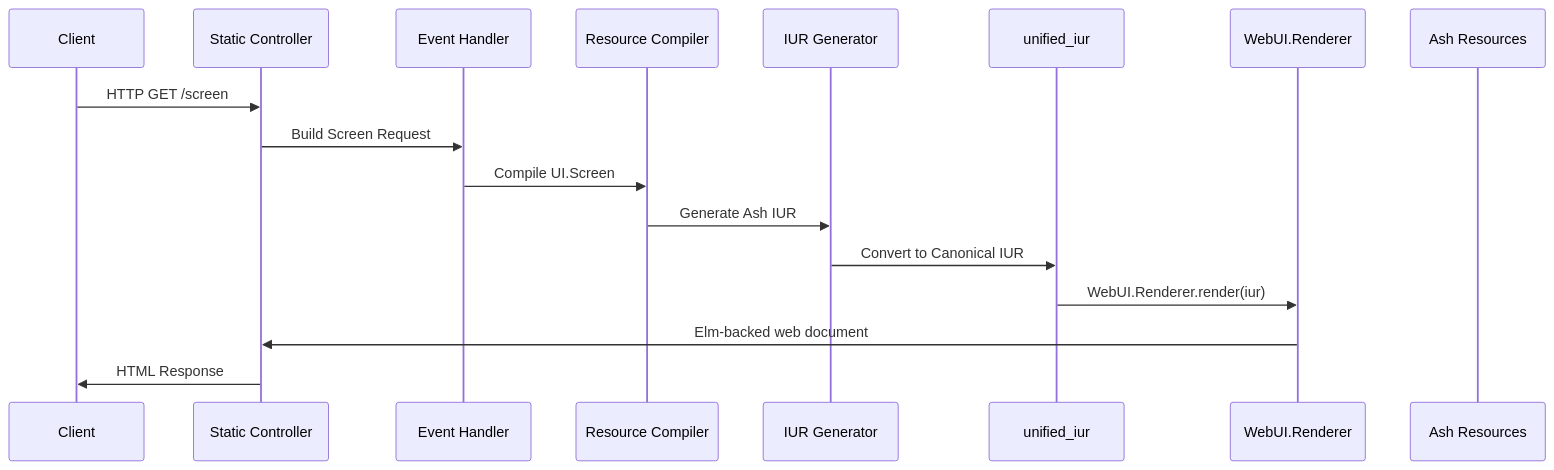
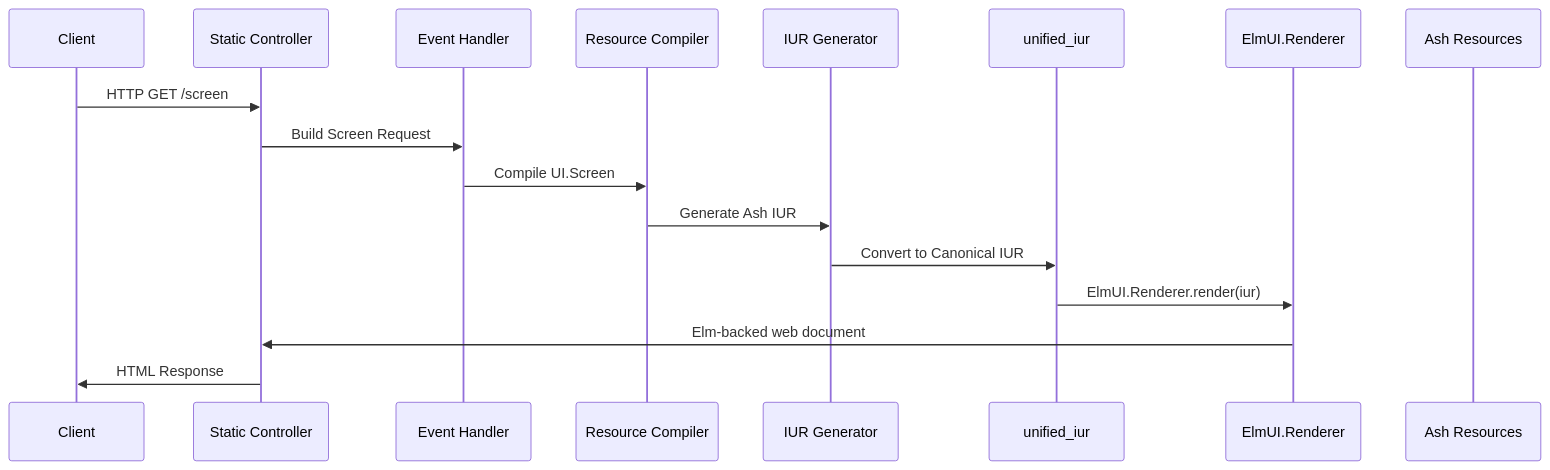
The fourth of 4 diagrams in specs/topology.md (The-Metagraph/ash_ui), drawn with Mermaid before and after one commit. The commit also changed other lines of this file and 10 other files, not shown here.

````diff
--- a/specs/topology.md
+++ b/specs/topology.md
@@ -290,20 +290,20 @@
 ```mermaid
 sequenceDiagram
     participant C as Client
     participant SC as Static Controller
     participant EH as Event Handler
     participant RC as Resource Compiler
     participant IUR as IUR Generator
     participant UI as unified_iur
-    participant WR as WebUI.Renderer
+    participant WR as ElmUI.Renderer
     participant AR as Ash Resources
 
     C->>SC: HTTP GET /screen
     SC->>EH: Build Screen Request
     EH->>RC: Compile UI.Screen
     RC->>IUR: Generate Ash IUR
     IUR->>UI: Convert to Canonical IUR
-    UI->>WR: WebUI.Renderer.render(iur)
+    UI->>WR: ElmUI.Renderer.render(iur)
     WR->>SC: Elm-backed web document
     SC->>C: HTML Response
 ```
````
